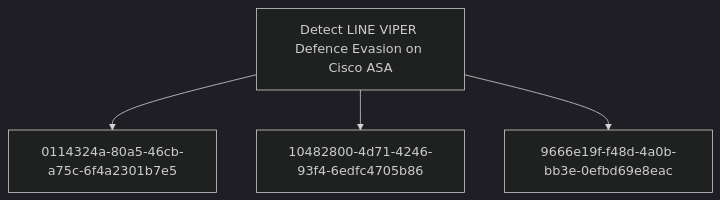
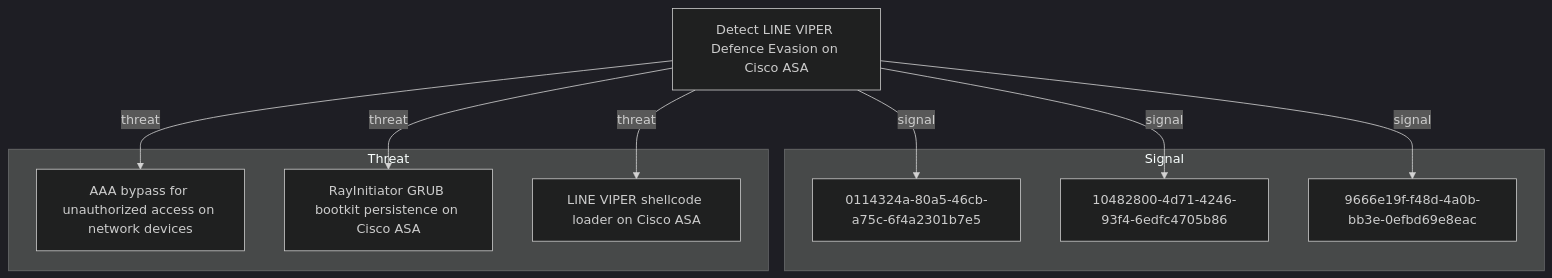
The diagram in docs/objectives/detect-line-viper-defence-evasion-on-cisco-asa.md (opentidehq/library), drawn with Mermaid (dark theme) before and after one commit. The commit also changed other lines of this file and 277 other files, not shown here.

````diff
--- a/docs/objectives/detect-line-viper-defence-evasion-on-cisco-asa.md
+++ b/docs/objectives/detect-line-viper-defence-evasion-on-cisco-asa.md
@@ -128,10 +227,20 @@
 ```mermaid
 flowchart TB
-7c0f2788_690e_4d34_b9eb_5f76e7363ccc["Detect LINE VIPER Defence Evasion on Cisco ASA"]
+subgraph "Signal"
 0114324a_80a5_46cb_a75c_6f4a2301b7e5["0114324a-80a5-46cb-a75c-6f4a2301b7e5"]
 10482800_4d71_4246_93f4_6edfc4705b86["10482800-4d71-4246-93f4-6edfc4705b86"]
 9666e19f_f48d_4a0b_bb3e_0efbd69e8eac["9666e19f-f48d-4a0b-bb3e-0efbd69e8eac"]
-7c0f2788_690e_4d34_b9eb_5f76e7363ccc --> 0114324a_80a5_46cb_a75c_6f4a2301b7e5
-7c0f2788_690e_4d34_b9eb_5f76e7363ccc --> 10482800_4d71_4246_93f4_6edfc4705b86
-7c0f2788_690e_4d34_b9eb_5f76e7363ccc --> 9666e19f_f48d_4a0b_bb3e_0efbd69e8eac
+end
+subgraph "Threat"
+53389577_fd8d_4ce6_9852_8365ed947c17["AAA bypass for unauthorized access on network devices"]
+a6f331e0_292d_4d83_87a9_46aa149555dd["RayInitiator GRUB bootkit persistence on Cisco ASA"]
+b6175f16_2b61_4116_bd97_de54b02b197e["LINE VIPER shellcode loader on Cisco ASA"]
+end
+7c0f2788_690e_4d34_b9eb_5f76e7363ccc["Detect LINE VIPER Defence Evasion on Cisco ASA"]
+7c0f2788_690e_4d34_b9eb_5f76e7363ccc -->|signal| 0114324a_80a5_46cb_a75c_6f4a2301b7e5
+7c0f2788_690e_4d34_b9eb_5f76e7363ccc -->|signal| 10482800_4d71_4246_93f4_6edfc4705b86
+7c0f2788_690e_4d34_b9eb_5f76e7363ccc -->|signal| 9666e19f_f48d_4a0b_bb3e_0efbd69e8eac
+7c0f2788_690e_4d34_b9eb_5f76e7363ccc -->|threat| 53389577_fd8d_4ce6_9852_8365ed947c17
+7c0f2788_690e_4d34_b9eb_5f76e7363ccc -->|threat| a6f331e0_292d_4d83_87a9_46aa149555dd
+7c0f2788_690e_4d34_b9eb_5f76e7363ccc -->|threat| b6175f16_2b61_4116_bd97_de54b02b197e
 ```
````
